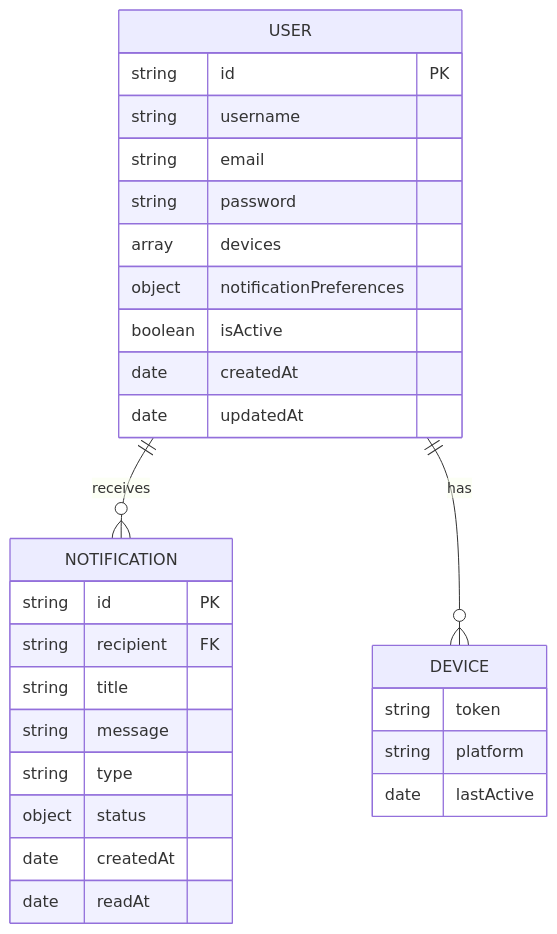
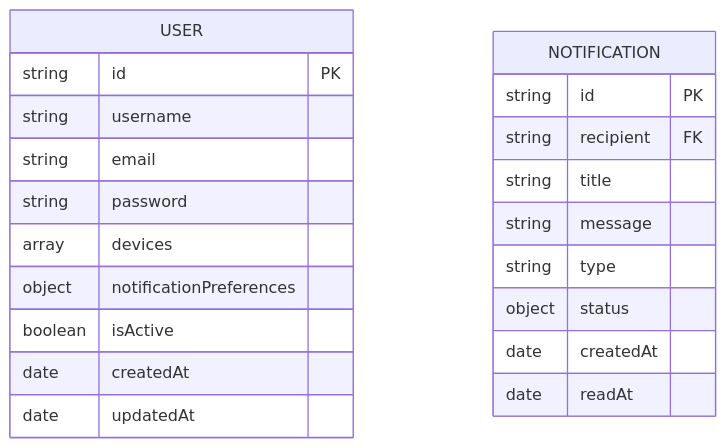
Before and after one commit to ALOK-Yeager/notifyme: the third of 3 diagrams in README.md, drawn with Mermaid. The commit also changed other lines of this file and 14 other files, not shown here.

````diff
--- a/README.md
+++ b/README.md
@@ -96,34 +86,25 @@
 ```mermaid
 erDiagram
     USER {
         string id PK
         string username
         string email
         string password
         array devices
         object notificationPreferences
         boolean isActive
         date createdAt
         date updatedAt
     }
     
     NOTIFICATION {
         string id PK
         string recipient FK
         string title
         string message
         string type
         object status
         date createdAt
         date readAt
     }
-    
-    USER ||--o{ NOTIFICATION : receives
-    USER ||--o{ DEVICE : has
-    
-    DEVICE {
-        string token
-        string platform
-        date lastActive
-    }
 ```
````
